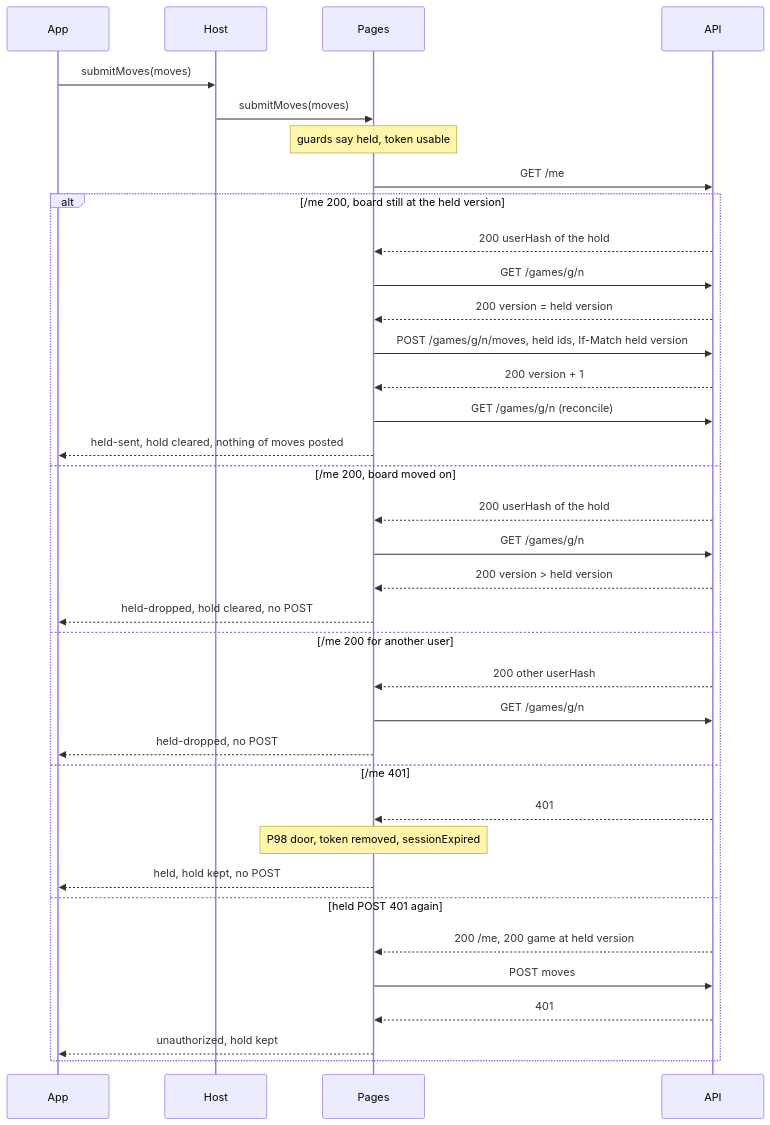
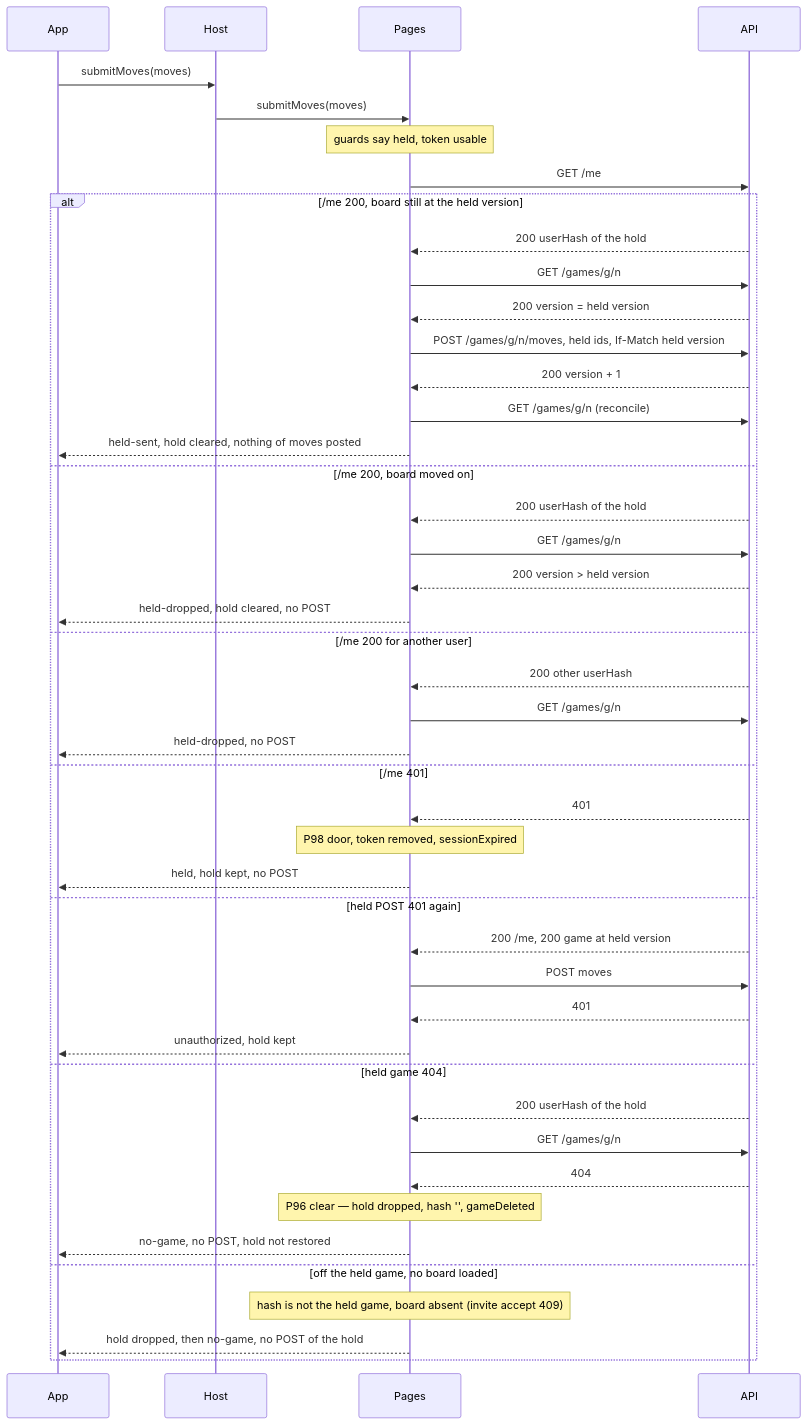
Before and after one commit to hochgi/conquarrow: the first of 4 diagrams in docs/spec/send-self-heal/SCENARIOS.md, drawn with Mermaid. The commit also changed other lines of this file and 8 other files, not shown here.

First line of the commit message:
🤖: P104 kickback — a deleted game answers no-game, not held

````diff
--- a/docs/spec/send-self-heal/SCENARIOS.md
+++ b/docs/spec/send-self-heal/SCENARIOS.md
@@ -18,38 +18,47 @@
 ```mermaid
 sequenceDiagram
   participant App
   participant Host
   participant Pages
   participant API
   App->>Host: submitMoves(moves)
   Host->>Pages: submitMoves(moves)
   Note over Pages: guards say held, token usable
   Pages->>API: GET /me
   alt /me 200, board still at the held version
     API-->>Pages: 200 userHash of the hold
     Pages->>API: GET /games/g/n
     API-->>Pages: 200 version = held version
     Pages->>API: POST /games/g/n/moves, held ids, If-Match held version
     API-->>Pages: 200 version + 1
     Pages->>API: GET /games/g/n (reconcile)
     Pages-->>App: held-sent, hold cleared, nothing of moves posted
   else /me 200, board moved on
     API-->>Pages: 200 userHash of the hold
     Pages->>API: GET /games/g/n
     API-->>Pages: 200 version > held version
     Pages-->>App: held-dropped, hold cleared, no POST
   else /me 200 for another user
     API-->>Pages: 200 other userHash
     Pages->>API: GET /games/g/n
     Pages-->>App: held-dropped, no POST
   else /me 401
     API-->>Pages: 401
     Note over Pages: P98 door, token removed, sessionExpired
     Pages-->>App: held, hold kept, no POST
   else held POST 401 again
     API-->>Pages: 200 /me, 200 game at held version
     Pages->>API: POST moves
     API-->>Pages: 401
     Pages-->>App: unauthorized, hold kept
+  else held game 404
+    API-->>Pages: 200 userHash of the hold
+    Pages->>API: GET /games/g/n
+    API-->>Pages: 404
+    Note over Pages: P96 clear — hold dropped, hash '', gameDeleted
+    Pages-->>App: no-game, no POST, hold not restored
+  else off the held game, no board loaded
+    Note over Pages: hash is not the held game, board absent (invite accept 409)
+    Pages-->>App: hold dropped, then no-game, no POST of the hold
   end
 ```
````
